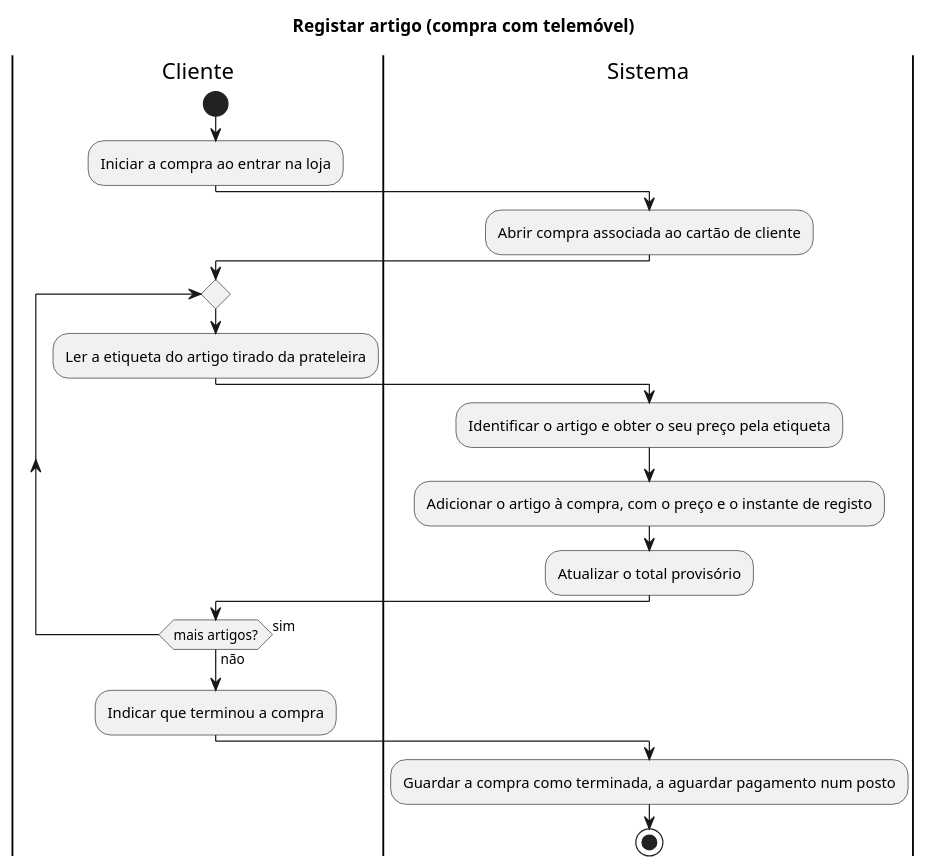
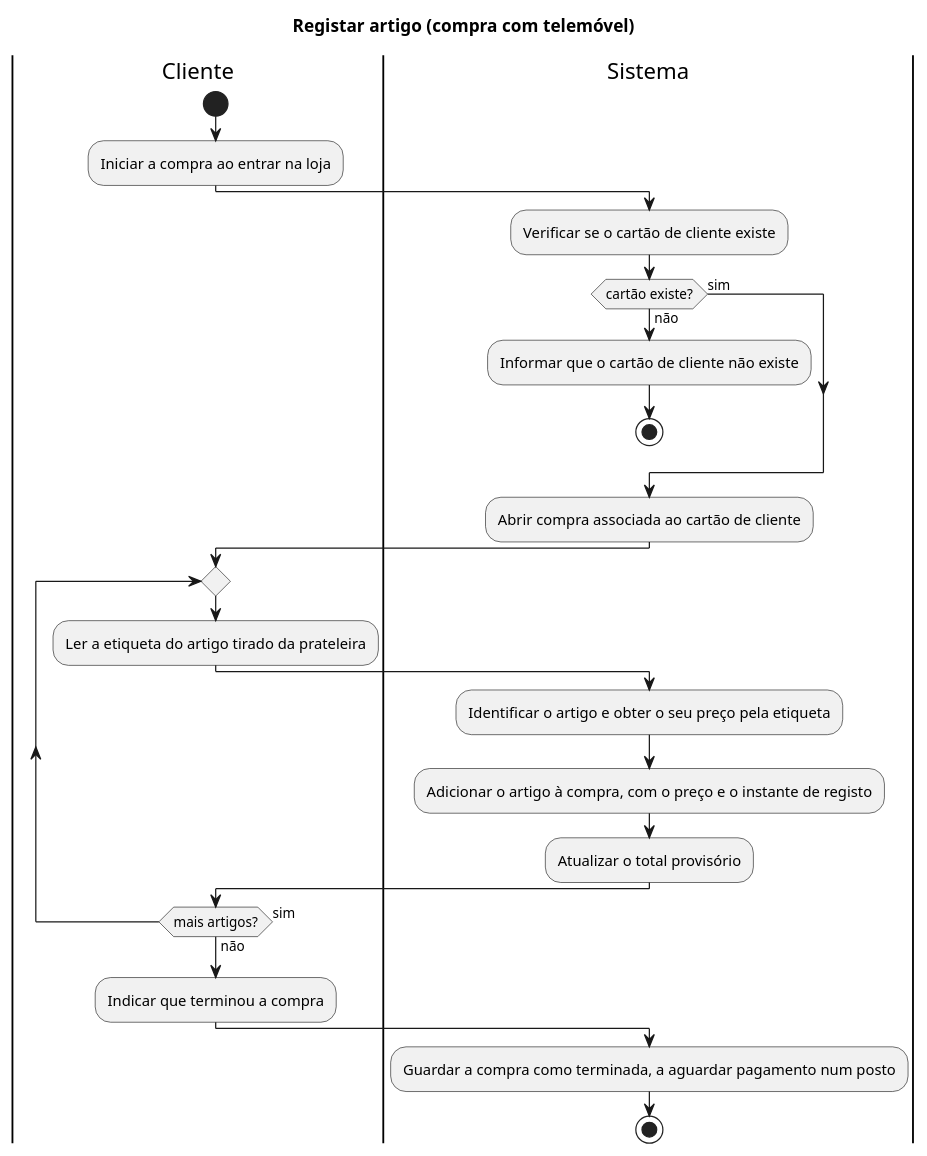
Before and after one commit to xana06/study_: the diagram in modelos/2-desenho/atividade/registarArtigo.puml, drawn with PlantUML. The commit also changed 23 other files, not shown here.

```diff
--- a/modelos/2-desenho/atividade/registarArtigo.puml
+++ b/modelos/2-desenho/atividade/registarArtigo.puml
@@ -1,26 +1,32 @@
 @startuml registarArtigo
 title Registar artigo (compra com telemóvel)
 
 |Cliente|
 start
 :Iniciar a compra ao entrar na loja;
 
 |Sistema|
+:Verificar se o cartão de cliente existe;
+if (cartão existe?) then (não)
+  :Informar que o cartão de cliente não existe;
+  stop
+else (sim)
+endif
 :Abrir compra associada ao cartão de cliente;
 
 |Cliente|
 repeat
   :Ler a etiqueta do artigo tirado da prateleira;
   |Sistema|
   :Identificar o artigo e obter o seu preço pela etiqueta;
   :Adicionar o artigo à compra, com o preço e o instante de registo;
   :Atualizar o total provisório;
   |Cliente|
 repeat while (mais artigos?) is (sim) not (não)
 
 :Indicar que terminou a compra;
 
 |Sistema|
 :Guardar a compra como terminada, a aguardar pagamento num posto;
 stop
 @enduml
```
